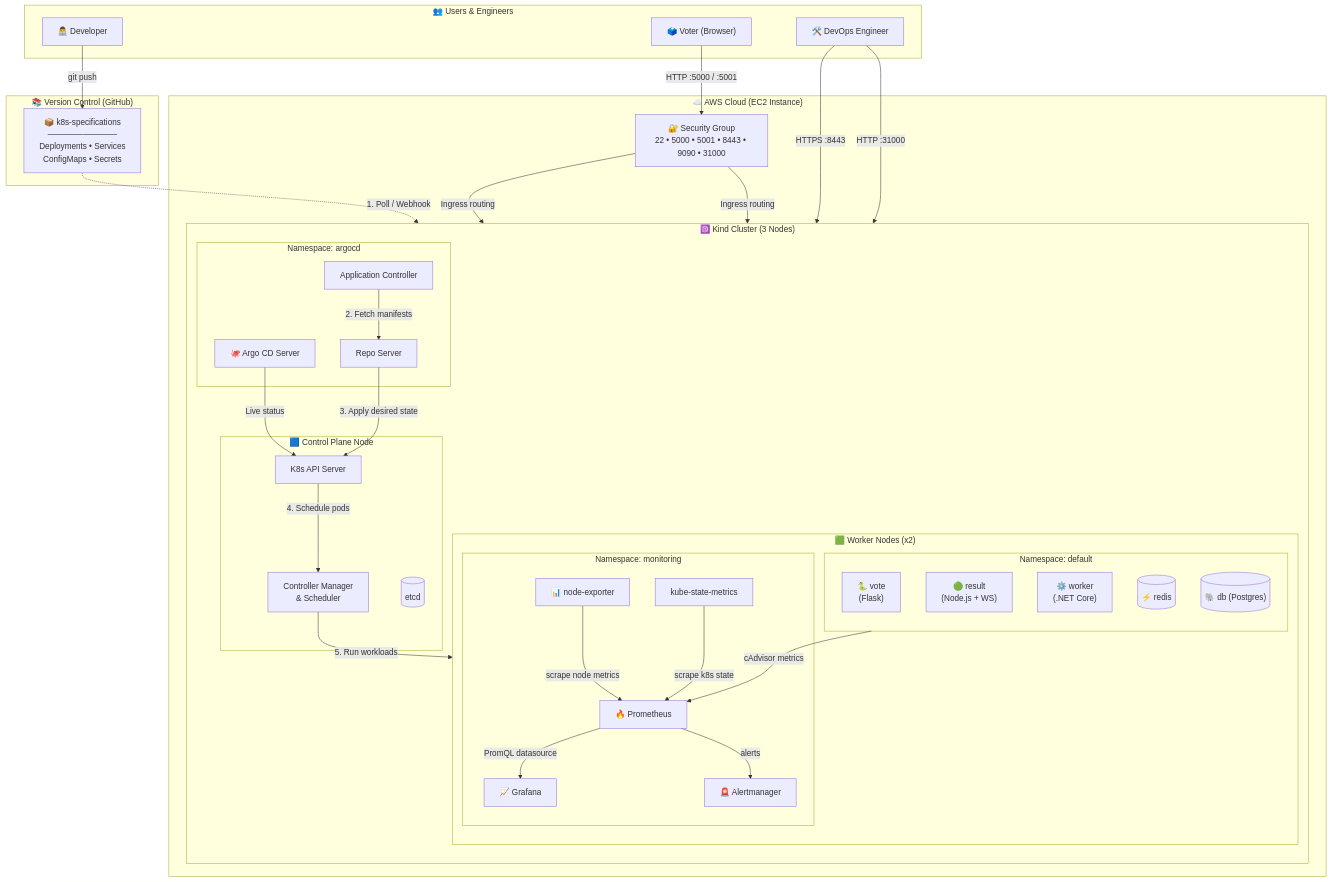
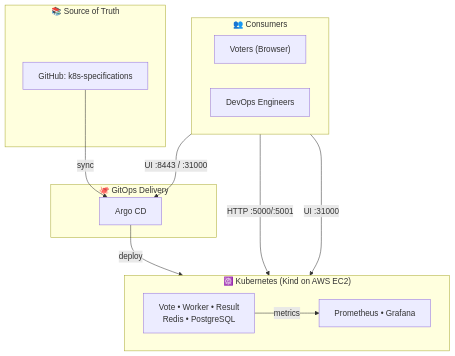
Before and after one commit to ankushp965/Voting-App-ArgoCD-Project: the first of 5 diagrams in README.md, drawn with Mermaid.

Commit message:
Revise HLD diagram with updated architecture
Updated the High-Level Design (HLD) diagram to reflect changes in the architecture, including the addition of GitOps delivery and consumer interactions.

````diff
--- a/README.md
+++ b/README.md
@@ -48,75 +48,29 @@
 ```mermaid
 flowchart TB
-    %% ===== External Actors =====
-    subgraph Actors["👥 Users & Engineers"]
-        Dev["👨‍💻 Developer"]
-        Voter["🗳️ Voter (Browser)"]
-        Ops["🛠️ DevOps Engineer"]
+    subgraph L1["📚 Source of Truth"]
+        Repo["GitHub: k8s-specifications"]
     end
 
-    %% ===== Source Control =====
-    subgraph VCS["📚 Version Control (GitHub)"]
-        Repo["📦 k8s-specifications<br/>────────────<br/>Deployments • Services<br/>ConfigMaps • Secrets"]
+    subgraph L2["🐙 GitOps Delivery"]
+        Argo["Argo CD"]
     end
 
-    %% ===== AWS Cloud =====
-    subgraph AWS["☁️ AWS Cloud (EC2 Instance)"]
-        SG["🔐 Security Group<br/>22 • 5000 • 5001 • 8443 • 9090 • 31000"]
-
-        subgraph Kind["☸️ Kind Cluster (3 Nodes)"]
-            direction TB
-
-            subgraph CP["🟦 Control Plane Node"]
-                API["K8s API Server"]
-                ETCD[("etcd")]
-                CTRL["Controller Manager<br/>& Scheduler"]
-            end
-
-            subgraph Workers["🟩 Worker Nodes (x2)"]
-                subgraph AppNS["Namespace: default"]
-                    Vote["🐍 vote<br/>(Flask)"]
-                    Result["🟢 result<br/>(Node.js + WS)"]
-                    Worker["⚙️ worker<br/>(.NET Core)"]
-                    Redis[("⚡ redis")]
-                    PG[("🐘 db (Postgres)")]
-                end
-
-                subgraph MonNS["Namespace: monitoring"]
-                    Prom["🔥 Prometheus"]
-                    Graf["📈 Grafana"]
-                    KSM["kube-state-metrics"]
-                    NE["📊 node-exporter"]
-                    AM["🚨 Alertmanager"]
-                end
-            end
-
-            subgraph ArgoNS["Namespace: argocd"]
-                ArgoServer["🐙 Argo CD Server"]
-                ArgoRepo["Repo Server"]
-                ArgoAppCtrl["Application Controller"]
-            end
-        end
+    subgraph L3["☸️ Kubernetes (Kind on AWS EC2)"]
+        direction LR
+        App["Vote • Worker • Result<br/>Redis • PostgreSQL"]
+        Obs["Prometheus • Grafana"]
     end
 
-    %% ===== Flows =====
-    Dev -->|"git push"| Repo
-    Repo -.->|"1. Poll / Webhook"| ArgoAppCtrl
-    ArgoAppCtrl -->|"2. Fetch manifests"| ArgoRepo
-    ArgoRepo -->|"3. Apply desired state"| API
-    API -->|"4. Schedule pods"| CTRL
-    CTRL -->|"5. Run workloads"| Workers
-    ArgoServer -->|"Live status"| API
+    subgraph L4["👥 Consumers"]
+        direction LR
+        Users["Voters (Browser)"]
+        Ops["DevOps Engineers"]
+    end
 
-    Voter -->|"HTTP :5000 / :5001"| SG
-    SG -->|"Ingress routing"| Vote
-    SG -->|"Ingress routing"| Result
-    Ops -->|"HTTPS :8443"| ArgoServer
-    Ops -->|"HTTP :31000"| Graf
-
-    %% ===== Telemetry =====
-    NE -->|"scrape node metrics"| Prom
-    KSM -->|"scrape k8s state"| Prom
-    AppNS -->|"cAdvisor metrics"| Prom
-    Prom -->|"PromQL datasource"| Graf
-    Prom -->|"alerts"| AM
+    Repo -->|"sync"| Argo
+    Argo -->|"deploy"| App
+    Users -->|"HTTP :5000/:5001"| App
+    App -->|"metrics"| Obs
+    Ops -->|"UI :8443 / :31000"| Argo
+    Ops -->|"UI :31000"| Obs
 ```
````
